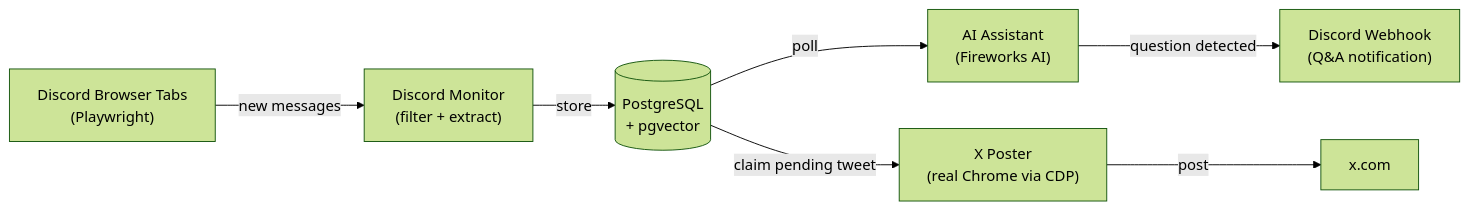
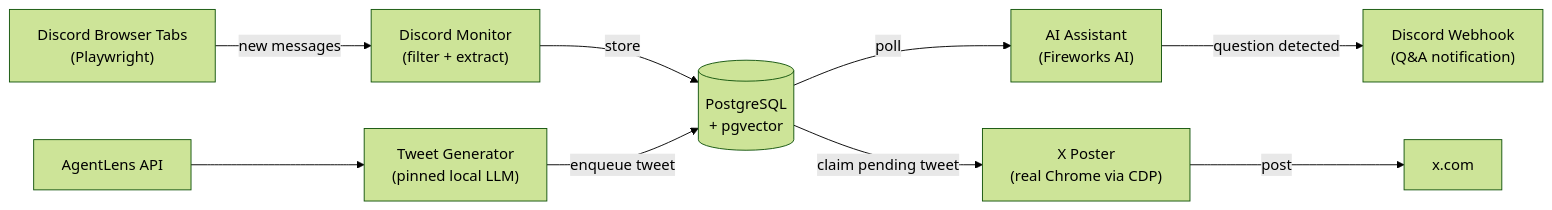
The diagram in README.md (archlab-space/multi-tab-listening), drawn with Mermaid (forest theme) before and after one commit. The commit also changed other lines of this file and 8 other files, not shown here.

First line of the commit message:
feat(tweet-generator): add candidate selection and the service loop

````diff
--- a/README.md
+++ b/README.md
@@ -21,9 +22,11 @@
 ```mermaid
 flowchart LR
     A["Discord Browser Tabs\n(Playwright)"] -->|"new messages"| B["Discord Monitor\n(filter + extract)"]
     B -->|store| C[("PostgreSQL\n+ pgvector")]
     C -->|poll| D["AI Assistant\n(Fireworks AI)"]
     D -->|"question detected"| E["Discord Webhook\n(Q&A notification)"]
+    H["AgentLens API"] --> I["Tweet Generator\n(pinned local LLM)"]
+    I -->|"enqueue tweet"| C
     C -->|"claim pending tweet"| F["X Poster\n(real Chrome via CDP)"]
     F -->|post| G["x.com"]
 ```
````
